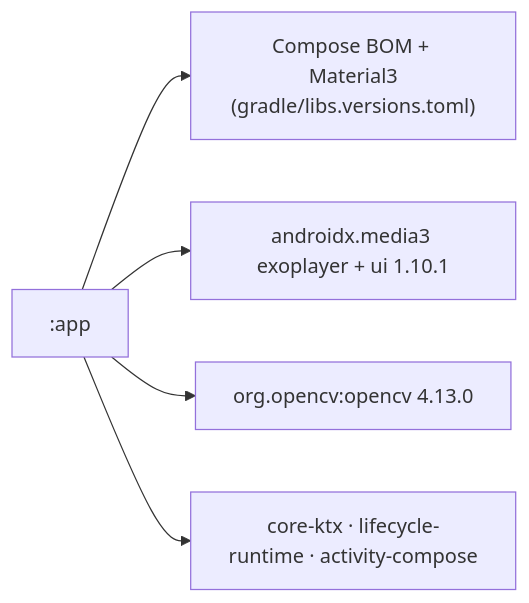
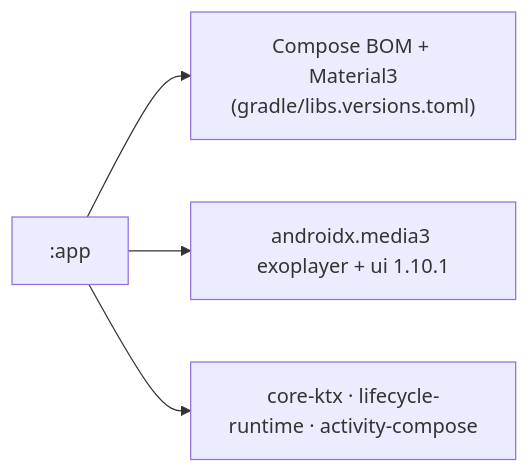
One commit to justinihil/CubeCut changed the second of 5 diagrams in ARCHITECTURE.md. Above: the diagram before and after it, drawn with Mermaid. The commit also changed other lines of this file and 38 other files, not shown here.

````diff
--- a/ARCHITECTURE.md
+++ b/ARCHITECTURE.md
@@ -50,7 +46,6 @@
 ```mermaid
 flowchart LR
   app[":app"] --> compose["Compose BOM + Material3<br/>(gradle/libs.versions.toml)"]
   app --> media3["androidx.media3 exoplayer + ui 1.10.1"]
-  app --> opencv["org.opencv:opencv 4.13.0"]
   app --> androidx["core-ktx · lifecycle-runtime · activity-compose"]
 ```
````
